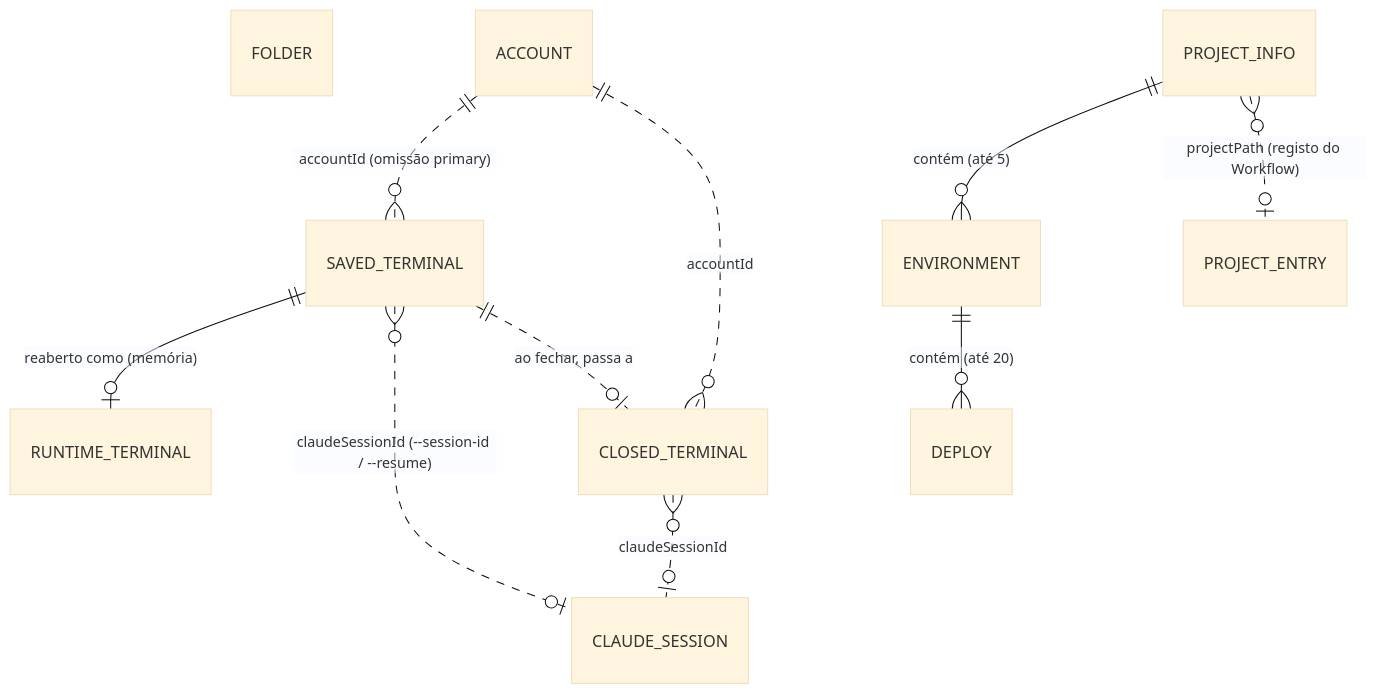
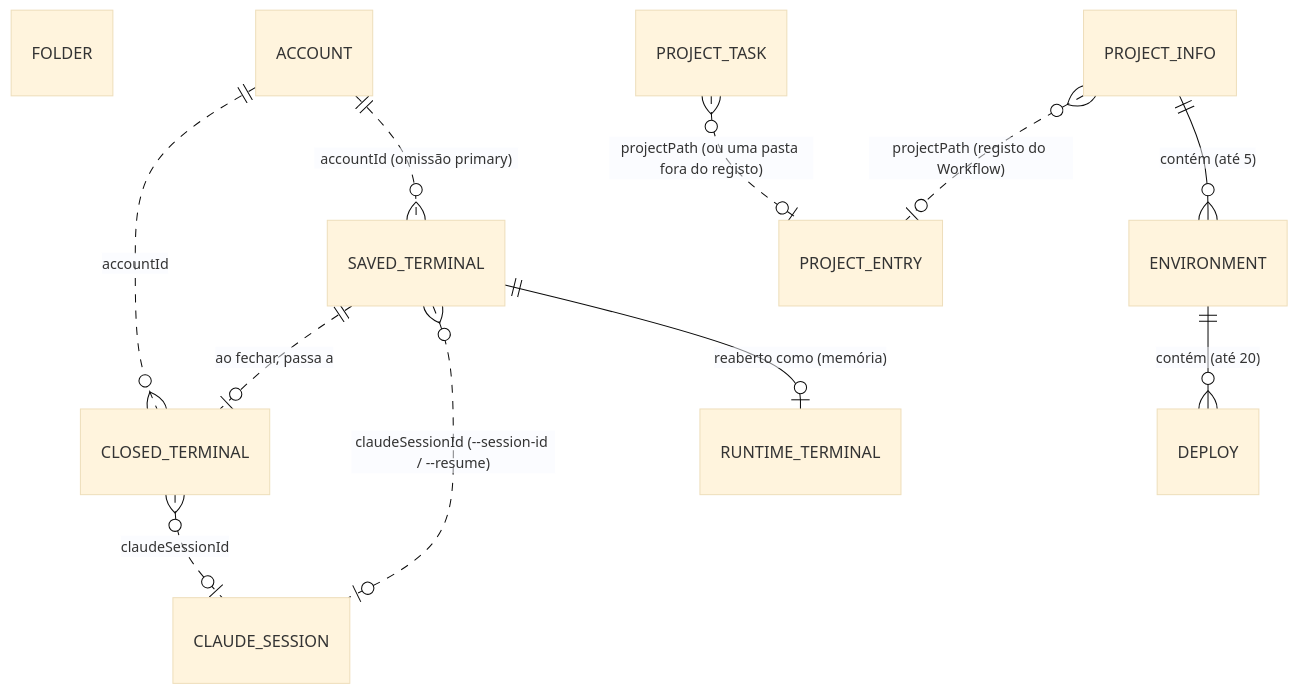
The diagram in docs/database.md (bino03/Workflow-App), drawn with Mermaid (base theme) before and after one commit. The commit also changed other lines of this file and 5 other files, not shown here.

````diff
--- a/docs/database.md
+++ b/docs/database.md
@@ -67,13 +68,14 @@
 ```mermaid
 erDiagram
   SAVED_TERMINAL ||--o| RUNTIME_TERMINAL : "reaberto como (memória)"
   SAVED_TERMINAL }o..o| CLAUDE_SESSION : "claudeSessionId (--session-id / --resume)"
   CLOSED_TERMINAL }o..o| CLAUDE_SESSION : "claudeSessionId"
   SAVED_TERMINAL ||..o| CLOSED_TERMINAL : "ao fechar, passa a"
   FOLDER
   ACCOUNT ||..o{ SAVED_TERMINAL : "accountId (omissão primary)"
   ACCOUNT ||..o{ CLOSED_TERMINAL : "accountId"
   PROJECT_INFO ||--o{ ENVIRONMENT : "contém (até 5)"
   ENVIRONMENT ||--o{ DEPLOY : "contém (até 20)"
   PROJECT_INFO }o..o| PROJECT_ENTRY : "projectPath (registo do Workflow)"
+  PROJECT_TASK }o..o| PROJECT_ENTRY : "projectPath (ou uma pasta fora do registo)"
 ```
````
